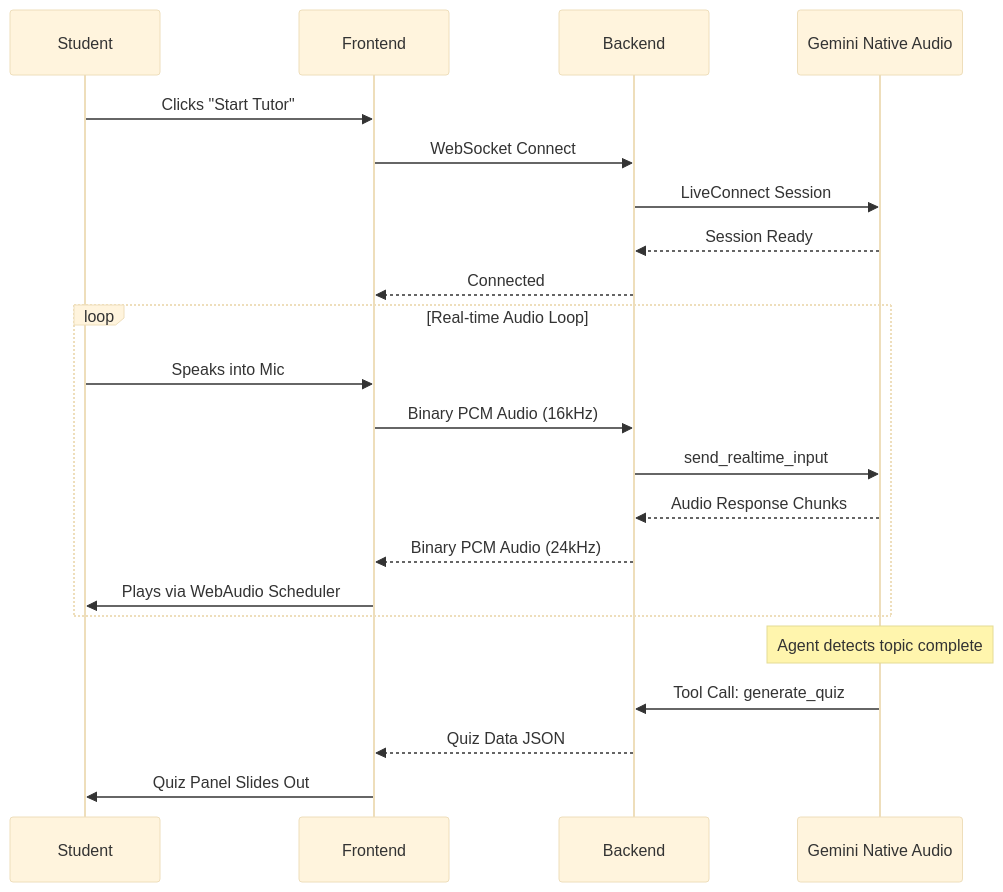
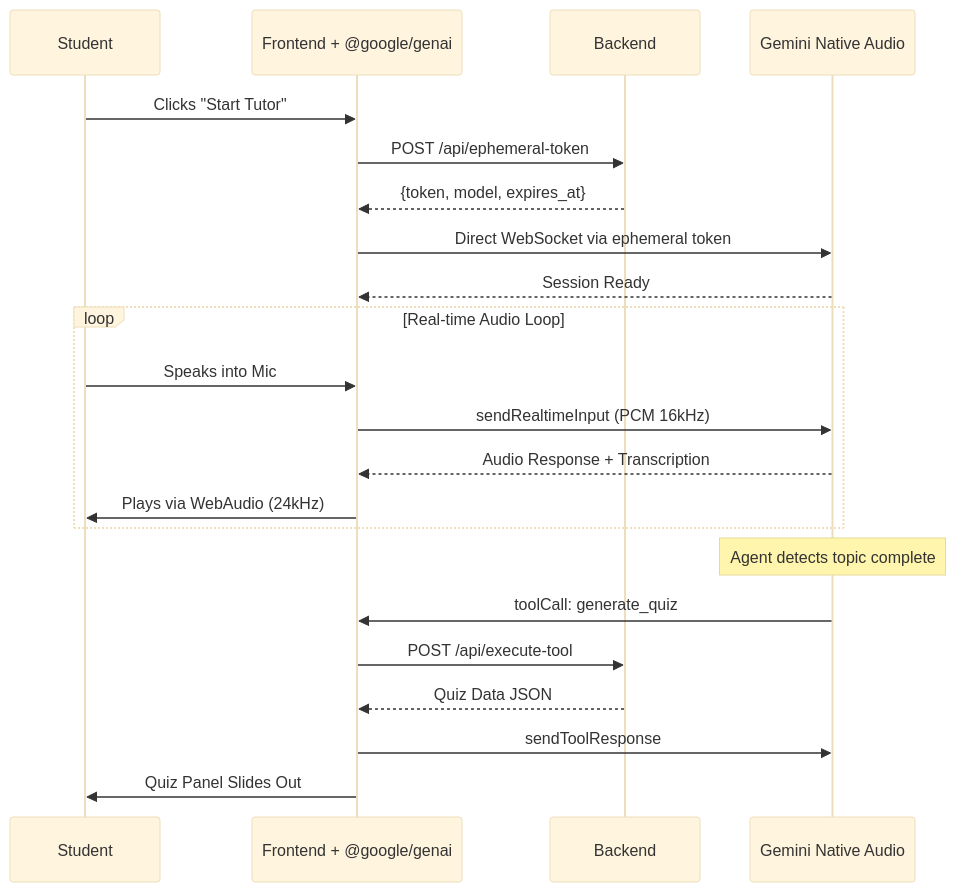
The second of 2 diagrams in README.md (inareshmatta/klassroom-ai), drawn with Mermaid (base theme) before and after one commit. The commit also changed other lines of this file and 7 other files, not shown here.

Commit message:
feat: migrate Live API to client-to-server with ephemeral tokens

````diff
--- a/README.md
+++ b/README.md
@@ -136,27 +140,27 @@
 ```mermaid
 sequenceDiagram
     participant S as Student
-    participant F as Frontend
+    participant F as Frontend + @google/genai
     participant B as Backend
     participant G as Gemini Native Audio
 
     S->>F: Clicks "Start Tutor"
-    F->>B: WebSocket Connect
-    B->>G: LiveConnect Session
-    G-->>B: Session Ready
-    B-->>F: Connected
+    F->>B: POST /api/ephemeral-token
+    B-->>F: {token, model, expires_at}
+    F->>G: Direct WebSocket via ephemeral token
+    G-->>F: Session Ready
 
     loop Real-time Audio Loop
         S->>F: Speaks into Mic
-        F->>B: Binary PCM Audio (16kHz)
-        B->>G: send_realtime_input
-        G-->>B: Audio Response Chunks
-        B-->>F: Binary PCM Audio (24kHz)
-        F->>S: Plays via WebAudio Scheduler
+        F->>G: sendRealtimeInput (PCM 16kHz)
+        G-->>F: Audio Response + Transcription
+        F->>S: Plays via WebAudio (24kHz)
     end
 
     Note over G: Agent detects topic complete
-    G->>B: Tool Call: generate_quiz
+    G->>F: toolCall: generate_quiz
+    F->>B: POST /api/execute-tool
     B-->>F: Quiz Data JSON
+    F->>G: sendToolResponse
     F->>S: Quiz Panel Slides Out
 ```
````
